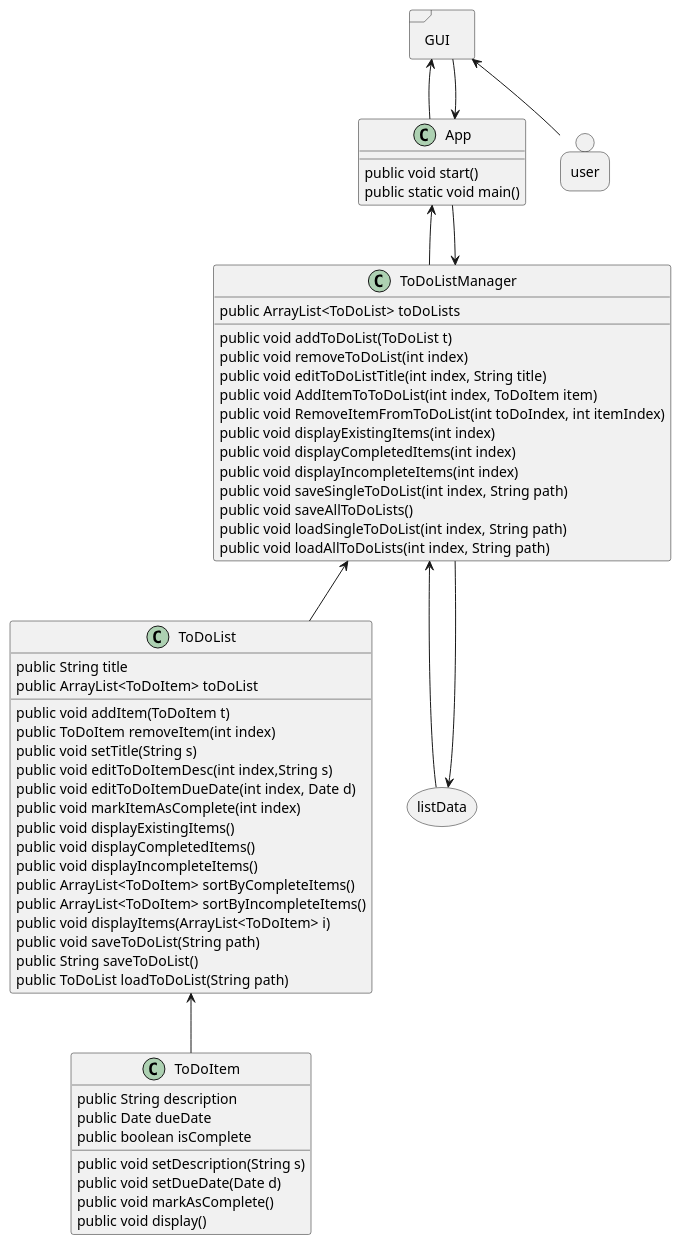
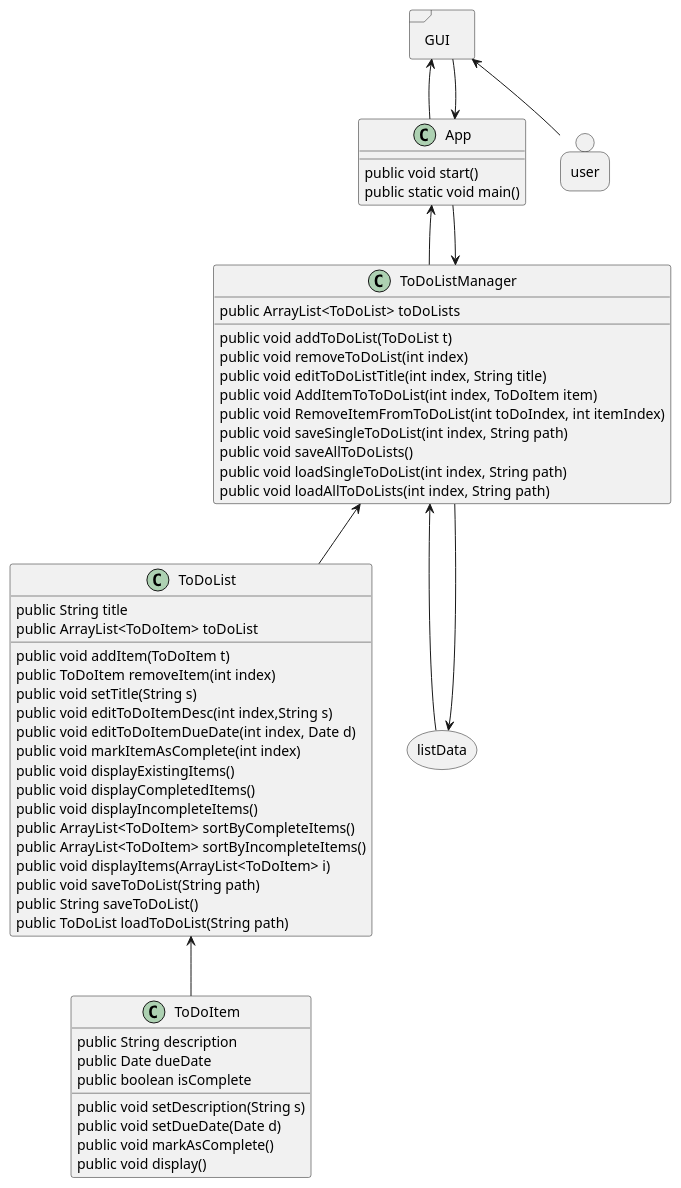
One commit to brysonPaul/paul-cop3330-assignment4 changed the diagram in uml/toDoListManagerFlow.puml. Above: the diagram before and after it, drawn with PlantUML. The commit also changed 2 other files, not shown here.

```diff
--- a/uml/toDoListManagerFlow.puml
+++ b/uml/toDoListManagerFlow.puml
@@ -1,66 +1,63 @@
 @startuml
 allowmixing
 
 class ToDoItem {
     public String description
     public Date dueDate
     public boolean isComplete
     public void setDescription(String s)
     public void setDueDate(Date d)
     public void markAsComplete()
     public void display()
 }
 class ToDoList{
     public String title
     public ArrayList<ToDoItem> toDoList
     public void addItem(ToDoItem t)
     public ToDoItem removeItem(int index)
     public void setTitle(String s)
     public void editToDoItemDesc(int index,String s)
     public void editToDoItemDueDate(int index, Date d)
     public void markItemAsComplete(int index)
     public void displayExistingItems()
     public void displayCompletedItems()
     public void displayIncompleteItems()
     public ArrayList<ToDoItem> sortByCompleteItems()
     public ArrayList<ToDoItem> sortByIncompleteItems()
     public void displayItems(ArrayList<ToDoItem> i)
     public void saveToDoList(String path)
     public String saveToDoList()
     public ToDoList loadToDoList(String path)
 }
 class ToDoListManager{
     public ArrayList<ToDoList> toDoLists
     public void addToDoList(ToDoList t)
     public void removeToDoList(int index)
     public void editToDoListTitle(int index, String title)
     public void AddItemToToDoList(int index, ToDoItem item)
     public void RemoveItemFromToDoList(int toDoIndex, int itemIndex)
-    public void displayExistingItems(int index)
-    public void displayCompletedItems(int index)
-    public void displayIncompleteItems(int index)
     public void saveSingleToDoList(int index, String path)
     public void saveAllToDoLists()
     public void loadSingleToDoList(int index, String path)
     public void loadAllToDoLists(int index, String path)
 }
 class App{
     public void start()
     public static void main()
 }
 frame GUI{
 }
 person user
 storage listData
 
 GUI<-- user
 GUI<--App
 App<--GUI
 ToDoListManager<-- listData
 listData<--ToDoListManager
 
 App<--ToDoListManager
 ToDoListManager<--App
 ToDoListManager<--ToDoList
 ToDoList<--ToDoItem
 @enduml
```
